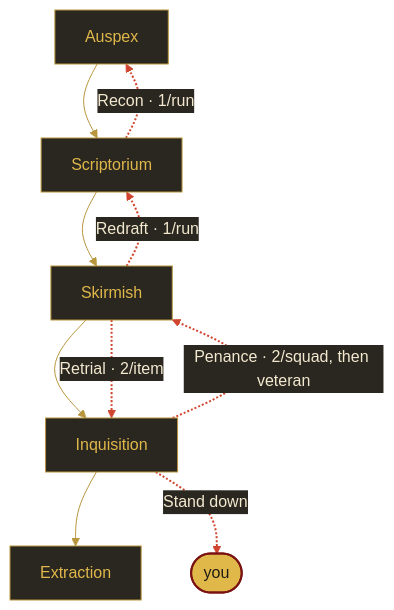
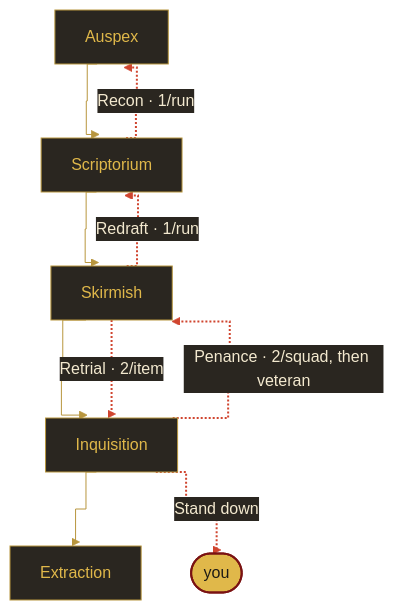
Before and after one commit to frandev94/strategium: the second of 2 diagrams in README.md, drawn with Mermaid. The commit also changed 1 other file, not shown here.

Commit message:
docs(readme): straight orthogonal edges in the going-back diagram

````diff
--- a/README.md
+++ b/README.md
@@ -96,15 +96,15 @@
 ```mermaid
-%%{init: {"theme": "base", "themeVariables": {"lineColor": "#b8963e", "edgeLabelBackground": "#2a2620", "textColor": "#f3e9cf", "fontFamily": "Georgia, serif"}}}%%
+%%{init: {"theme": "base", "themeVariables": {"lineColor": "#b8963e", "edgeLabelBackground": "#2a2620", "textColor": "#f3e9cf", "fontFamily": "Georgia, serif"}, "flowchart": {"curve": "step"}}}%%
 flowchart TB
   A["Auspex"] --> S["Scriptorium"] --> K["Skirmish"] --> I["Inquisition"] --> X["Extraction"]
   S -.->|"Recon · 1/run"| A
   K -.->|"Redraft · 1/run"| S
   I -.->|"Penance · 2/squad, then veteran"| K
   K -.->|"Retrial · 2/item"| I
   I -.->|"Stand down"| Y(["you"])
   classDef station fill:#2a2620,stroke:#b8963e,color:#e0b84a
   classDef you fill:#e0b84a,stroke:#7a1212,stroke-width:2px,color:#1e1b16
   class A,S,K,I,X station
   class Y you
   linkStyle 4,5,6,7,8 stroke:#d0452f,stroke-width:2px,color:#f3e9cf
 ```
````
